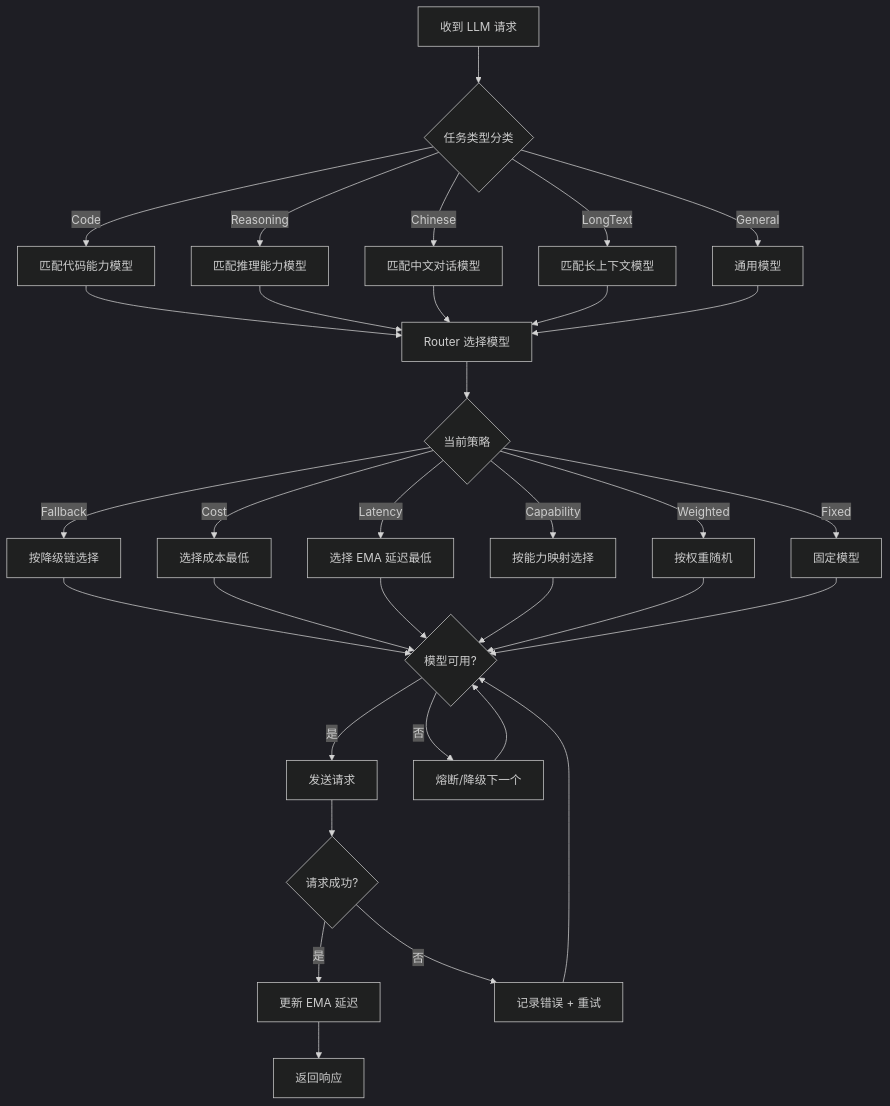
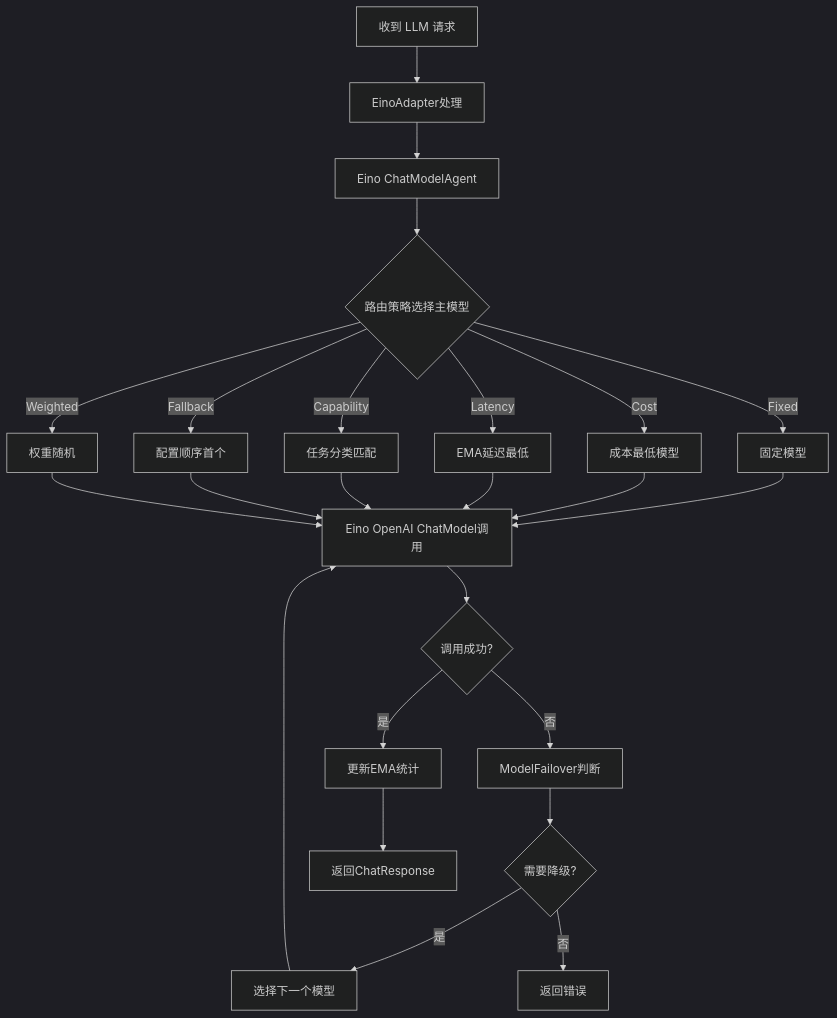
Before and after one commit to qjm134-source/taohuawu: the fourth of 5 diagrams in README.md, drawn with Mermaid (dark theme). The commit also changed other lines of this file and 35 other files, not shown here.

First line of the commit message:
refactor: migrate to Eino ReAct Agent for automatic tool calling

````diff
--- a/README.md
+++ b/README.md
@@ -174,35 +175,26 @@
 ```mermaid
 flowchart TD
-    A[收到 LLM 请求] --> B{任务类型分类}
-    B -->|Code| C[匹配代码能力模型]
-    B -->|Reasoning| D[匹配推理能力模型]
-    B -->|Chinese| E[匹配中文对话模型]
-    B -->|LongText| F[匹配长上下文模型]
-    B -->|General| G[通用模型]
-    C --> H[Router 选择模型]
-    D --> H
-    E --> H
-    F --> H
-    G --> H
-    H --> I{当前策略}
-    I -->|Fallback| J[按降级链选择]
-    I -->|Cost| K[选择成本最低]
-    I -->|Latency| L[选择 EMA 延迟最低]
-    I -->|Capability| M[按能力映射选择]
-    I -->|Weighted| N[按权重随机]
-    I -->|Fixed| O[固定模型]
-    J --> P{模型可用?}
-    K --> P
-    L --> P
-    M --> P
-    N --> P
-    O --> P
-    P -->|是| Q[发送请求]
-    P -->|否| R[熔断/降级下一个]
-    R --> P
-    Q --> S{请求成功?}
-    S -->|是| T[更新 EMA 延迟]
-    S -->|否| U[记录错误 + 重试]
-    U --> P
-    T --> V[返回响应]
+    A[收到 LLM 请求] --> B[EinoAdapter处理]
+    B --> C[Eino ChatModelAgent]
+    C --> D{路由策略选择主模型}
+    D -->|Fixed| E[固定模型]
+    D -->|Cost| F[成本最低模型]
+    D -->|Latency| G[EMA延迟最低]
+    D -->|Capability| H[任务分类匹配]
+    D -->|Fallback| I[配置顺序首个]
+    D -->|Weighted| J[权重随机]
+    E --> K[Eino OpenAI ChatModel调用]
+    F --> K
+    G --> K
+    H --> K
+    I --> K
+    J --> K
+    K --> L{调用成功?}
+    L -->|是| M[更新EMA统计]
+    L -->|否| N[ModelFailover判断]
+    N --> O{需要降级?}
+    O -->|是| P[选择下一个模型]
+    O -->|否| Q[返回错误]
+    P --> K
+    M --> R[返回ChatResponse]
 ```
````
